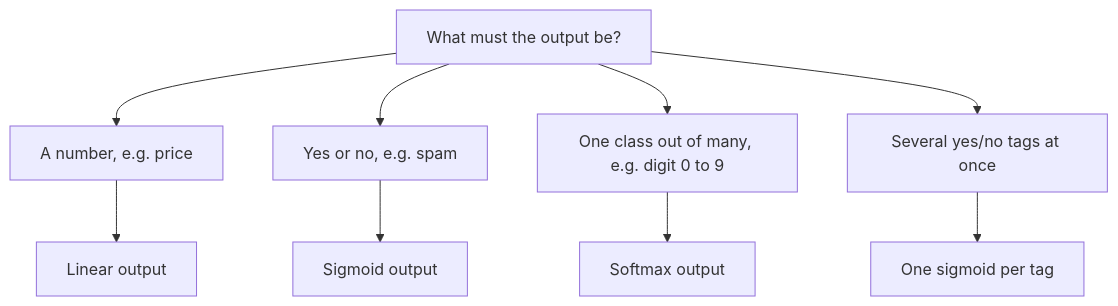
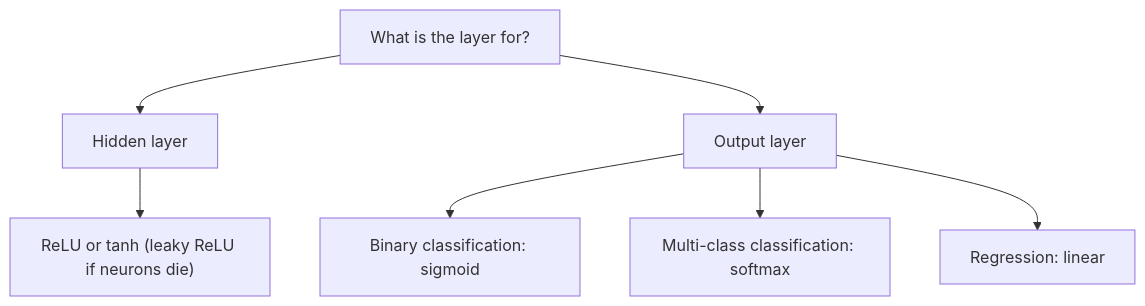
Before and after one commit to TrendySloth1001/sem-seven-notes: the third of 3 diagrams in content/deep-learning/notes/activation-functions.mdx, drawn with Mermaid. The commit also changed other lines of this file and 168 other files, not shown here.

````diff
--- a/content/deep-learning/notes/activation-functions.mdx
+++ b/content/deep-learning/notes/activation-functions.mdx
@@ -356,12 +210,10 @@
 ```mermaid
-%% caption: Picking the output-layer activation. Ask what kind of answer the network must give.
+%% caption: How to choose an activation function, as in the class.
 flowchart TD
-  A["What must the output be?"] --> B["A number, e.g. price"]
-  A --> C["Yes or no, e.g. spam"]
-  A --> D["One class out of many, e.g. digit 0 to 9"]
-  A --> E["Several yes/no tags at once"]
-  B --> B1["Linear output"]
-  C --> C1["Sigmoid output"]
-  D --> D1["Softmax output"]
-  E --> E1["One sigmoid per tag"]
+  A["What is the layer for?"] --> B["Hidden layer"]
+  A --> C["Output layer"]
+  B --> B1["ReLU or tanh (leaky ReLU if neurons die)"]
+  C --> C1["Binary classification: sigmoid"]
+  C --> C2["Multi-class classification: softmax"]
+  C --> C3["Regression: linear"]
 ```
````
